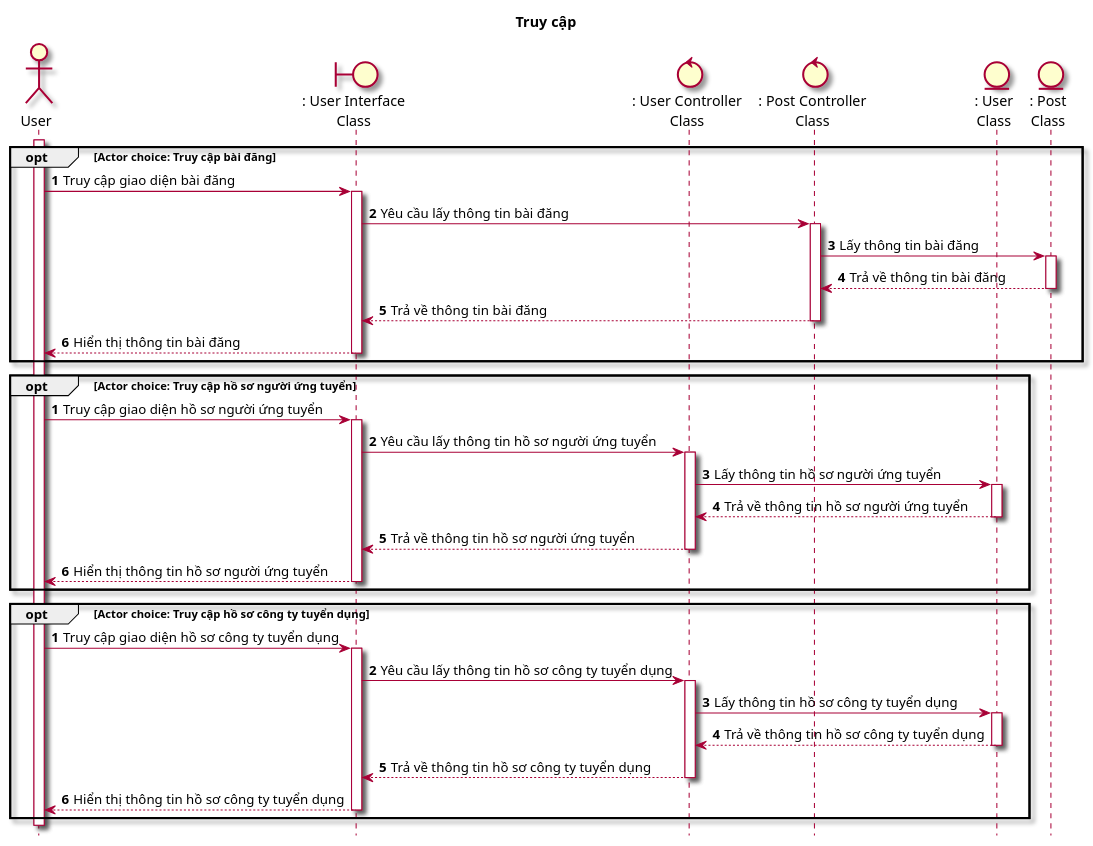
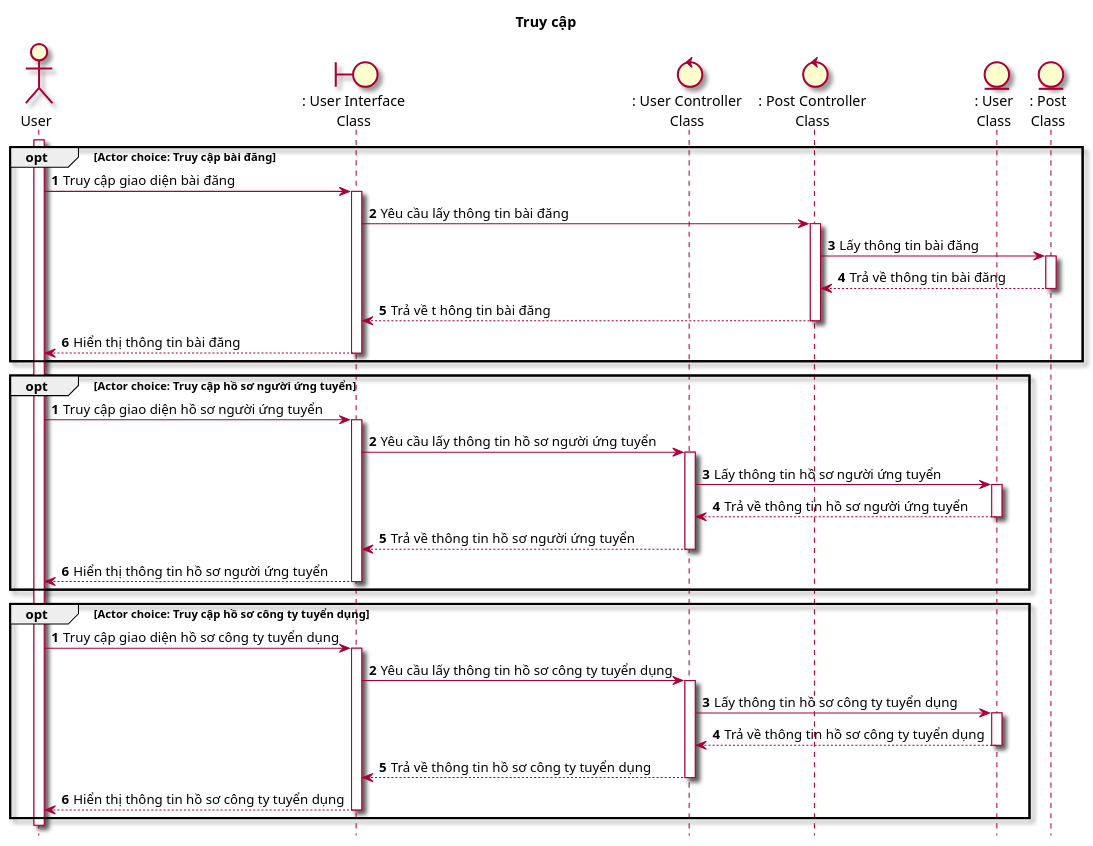
The diagram in Lab1/Lab 1.2 Diagram/Sequence/FilePUML/13. SeqTruyCap.puml (Griselda4774/EAS-EmploymentAssistanceSystem), drawn with PlantUML before and after one commit. The commit also changed 126 other files, not shown here.

```diff
--- a/Lab1/Lab 1.2 Diagram/Sequence/FilePUML/13. SeqTruyCap.puml
+++ b/Lab1/Lab 1.2 Diagram/Sequence/FilePUML/13. SeqTruyCap.puml
@@ -1,50 +1,50 @@
 @startuml SeqTruyCap
 
 skin rose
 hide footbox
 
 title Truy cập
 
 actor User as user
 boundary ": User Interface\nClass" as ui
 control ": User Controller\nClass" as userController
 control ": Post Controller\nClass" as postController
 entity ": User\nClass" as userClass
 entity ": Post\nClass" as postClass
 
 autonumber
 user++
 
 opt Actor choice: Truy cập bài đăng
     autonumber 1
     user -> ui++: Truy cập giao diện bài đăng
     ui -> postController++: Yêu cầu lấy thông tin bài đăng
     postController -> postClass++: Lấy thông tin bài đăng
     postClass --> postController--: Trả về thông tin bài đăng
-    postController --> ui--: Trả về thông tin bài đăng
+    postController --> ui--: Trả về t hông tin bài đăng
     ui --> user--: Hiển thị thông tin bài đăng
 end
 
 opt Actor choice: Truy cập hồ sơ người ứng tuyển
     autonumber 1
     user -> ui++: Truy cập giao diện hồ sơ người ứng tuyển
     ui -> userController++: Yêu cầu lấy thông tin hồ sơ người ứng tuyển
     userController -> userClass++: Lấy thông tin hồ sơ người ứng tuyển
     userClass --> userController--: Trả về thông tin hồ sơ người ứng tuyển
     userController --> ui--: Trả về thông tin hồ sơ người ứng tuyển
     ui --> user--: Hiển thị thông tin hồ sơ người ứng tuyển
 end
 
 opt Actor choice: Truy cập hồ sơ công ty tuyển dụng
     autonumber 1
     user -> ui++: Truy cập giao diện hồ sơ công ty tuyển dụng
     ui -> userController++: Yêu cầu lấy thông tin hồ sơ công ty tuyển dụng
     userController -> userClass++: Lấy thông tin hồ sơ công ty tuyển dụng
     userClass --> userController--: Trả về thông tin hồ sơ công ty tuyển dụng
     userController --> ui--: Trả về thông tin hồ sơ công ty tuyển dụng
     ui --> user--: Hiển thị thông tin hồ sơ công ty tuyển dụng
 end
 
 user--
 
 @enduml
```
